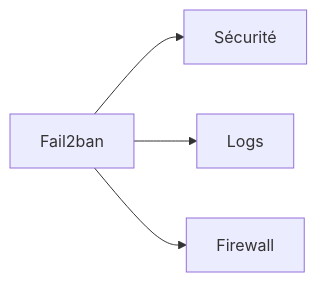
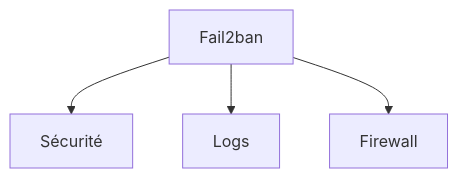
One commit to zyrass/omnydocs changed diagram 12 of 44 in docs/glossaire/administration-systeme.md. Above: the diagram before and after it, drawn with Mermaid. The commit also changed other lines of this file and 1780 other files, not shown here.

````diff
--- a/docs/glossaire/administration-systeme.md
+++ b/docs/glossaire/administration-systeme.md
@@ -245,6 +295,6 @@
-    ```mermaid
-    graph LR
-        A[Fail2ban] --> B[Sécurité]
-        A --> C[Logs]
-        A --> D[Firewall]
-    ```
+```mermaid
+graph TB
+    A[Fail2ban] --> B[Sécurité]
+    A --> C[Logs]
+    A --> D[Firewall]
+```
````
